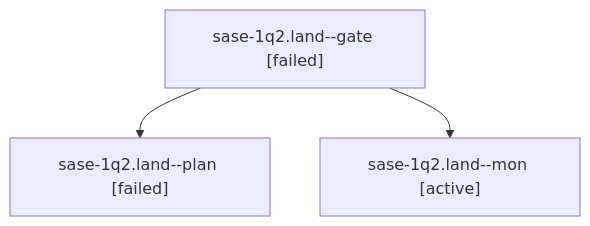
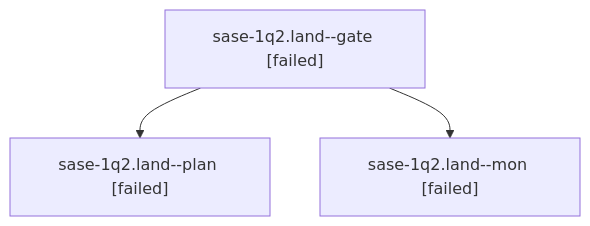
One commit to sase-org/sase--agents changed the diagram in sessions/bbugyi200.athena.sase-1q2.land.md. Above: the diagram before and after it, drawn with Mermaid. The commit also changed other lines of this file and 148 other files, not shown here.

````diff
--- a/sessions/bbugyi200.athena.sase-1q2.land.md
+++ b/sessions/bbugyi200.athena.sase-1q2.land.md
@@ -9,8 +9,8 @@
 ```mermaid
 flowchart TD
   n0["sase-1q2.land--gate [failed]"]
   n1["sase-1q2.land--plan [failed]"]
   n0 --> n1
-  n2["sase-1q2.land--mon [active]"]
+  n2["sase-1q2.land--mon [failed]"]
   n0 --> n2
 ```
````
